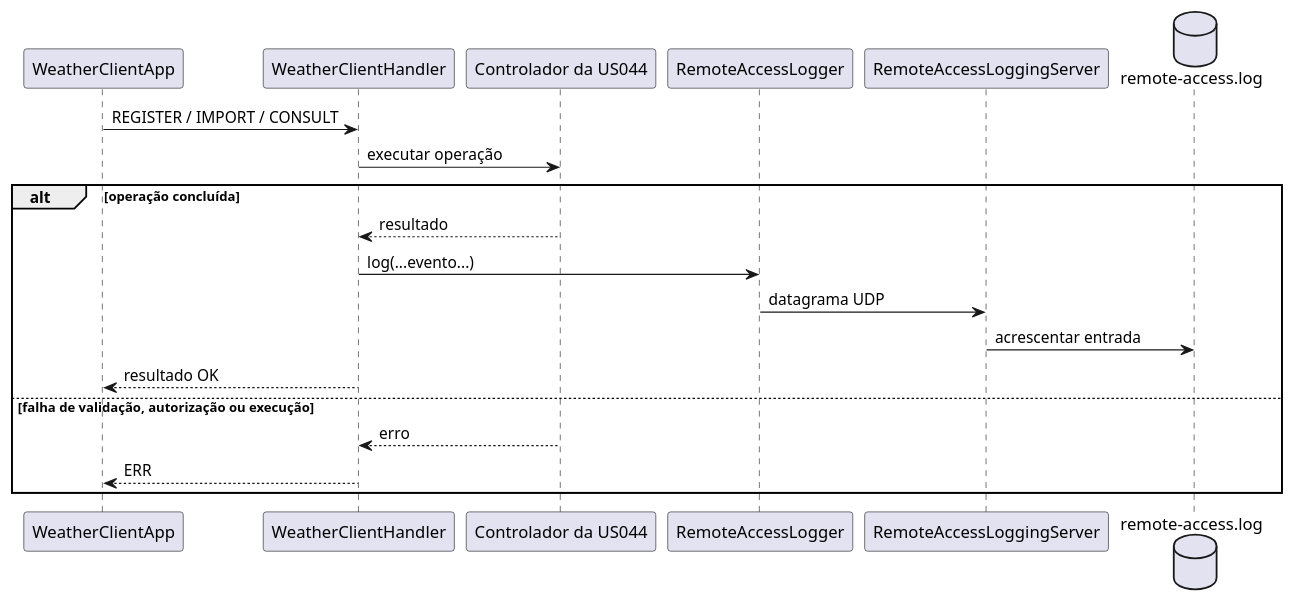
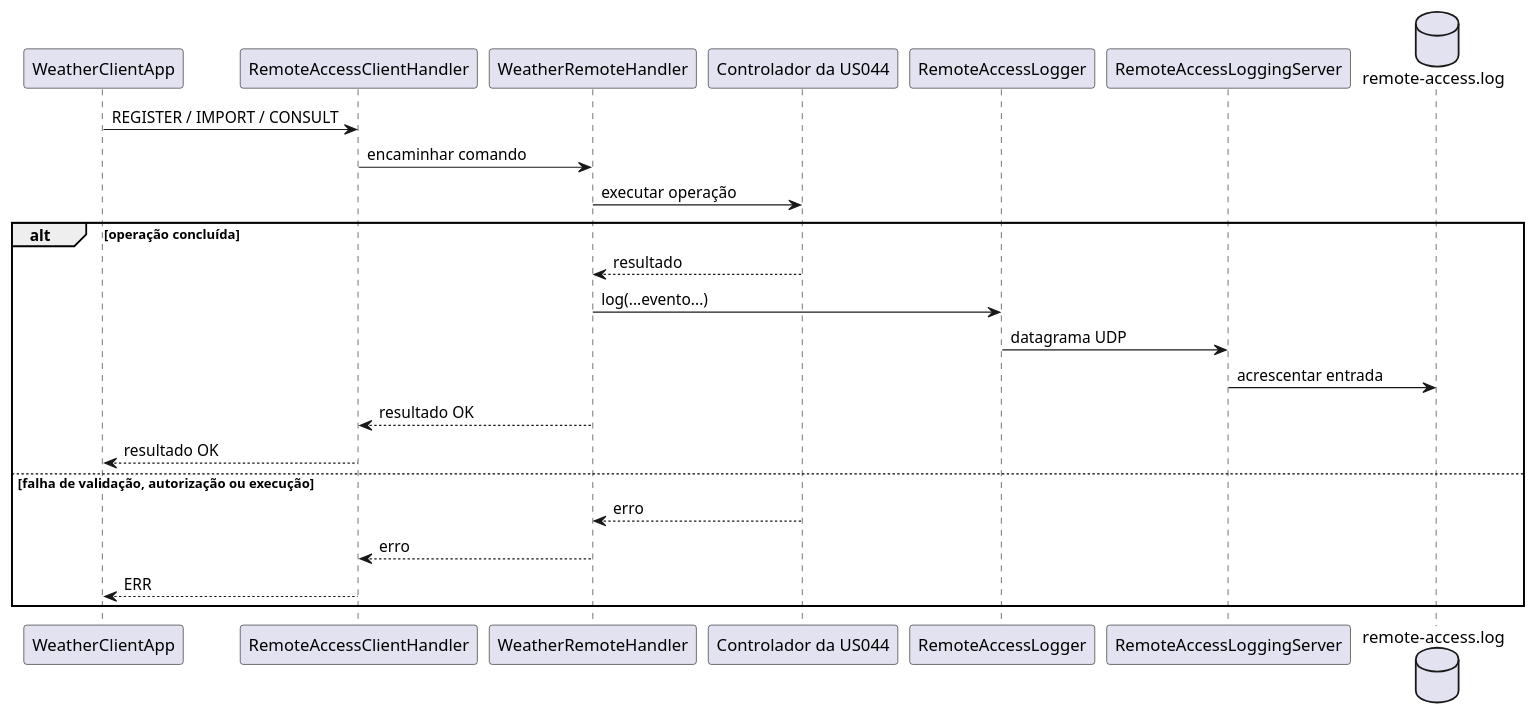
Before and after one commit to goncalolopesp/sem4pi2526-sem4pi2526_2di5: the third of 3 diagrams in docs/us_090/US090.md, drawn with PlantUML. The commit also changed other lines of this file, not shown here.

````diff
--- a/docs/us_090/US090.md
+++ b/docs/us_090/US090.md
@@ -238,24 +247,28 @@
 ```puml
 @startuml
 participant WeatherClientApp as Client
-participant WeatherClientHandler as Handler
+participant RemoteAccessClientHandler as Handler
+participant WeatherRemoteHandler as ServiceHandler
 participant "Controlador da US044" as Controller
 participant RemoteAccessLogger as Logger
 participant RemoteAccessLoggingServer as LogServer
 database "remote-access.log" as LogFile
 
 Client -> Handler : REGISTER / IMPORT / CONSULT
-Handler -> Controller : executar operação
+Handler -> ServiceHandler : encaminhar comando
+ServiceHandler -> Controller : executar operação
 
 alt operação concluída
-    Controller --> Handler : resultado
-    Handler -> Logger : log(...evento...)
+    Controller --> ServiceHandler : resultado
+    ServiceHandler -> Logger : log(...evento...)
     Logger -> LogServer : datagrama UDP
     LogServer -> LogFile : acrescentar entrada
+    ServiceHandler --> Handler : resultado OK
     Handler --> Client : resultado OK
 else falha de validação, autorização ou execução
-    Controller --> Handler : erro
+    Controller --> ServiceHandler : erro
+    ServiceHandler --> Handler : erro
     Handler --> Client : ERR
 end
 @enduml
 ```
````
